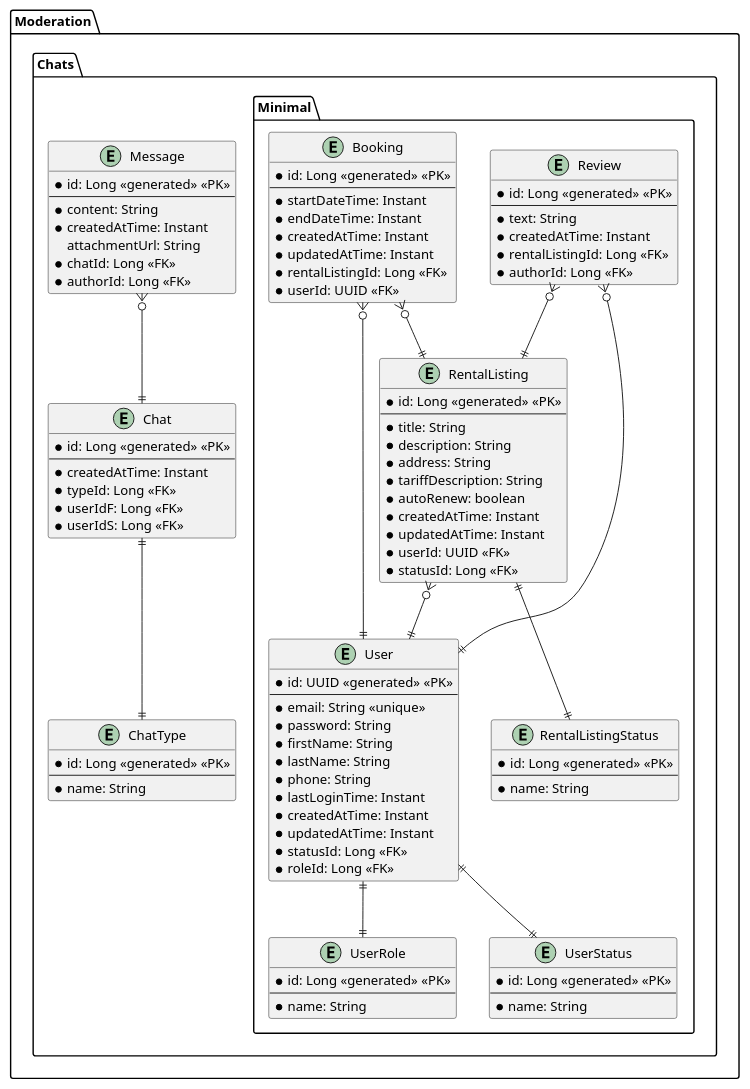
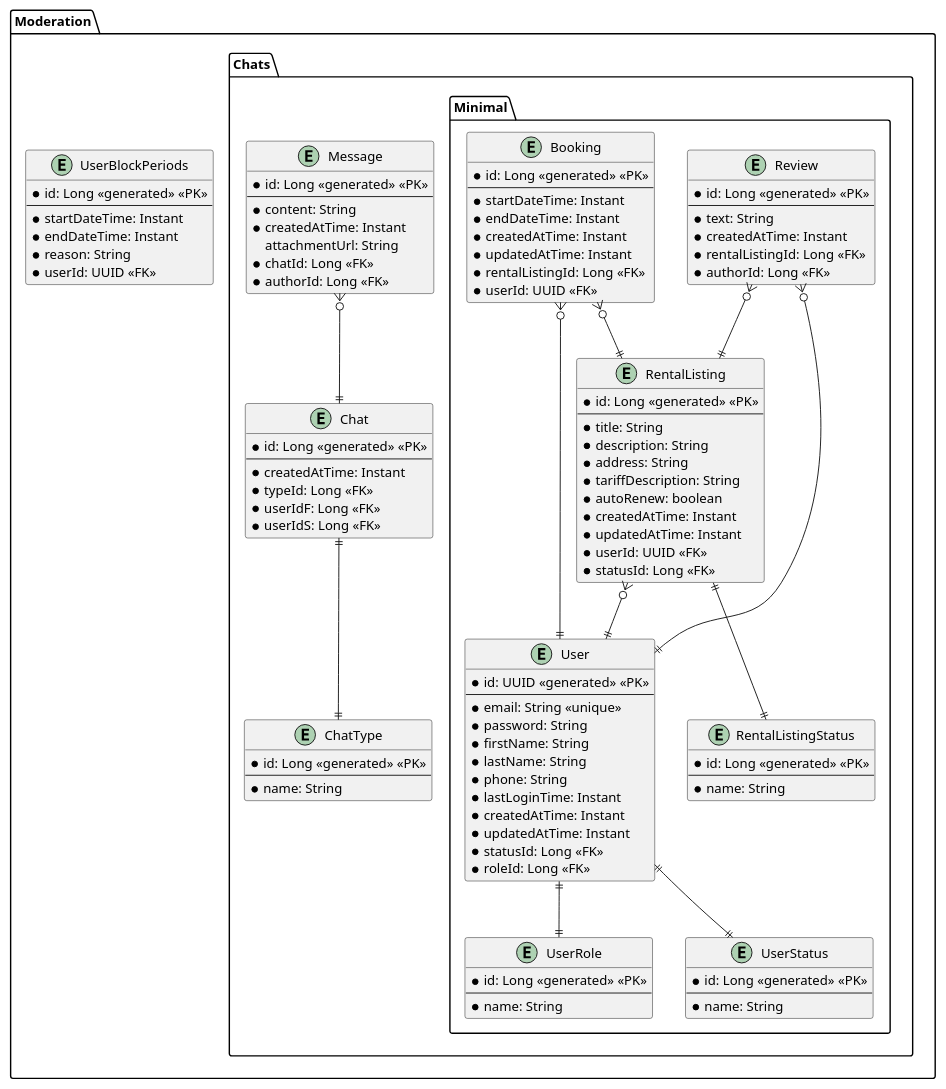
One commit to ruska112x/rentify-diploma changed the diagram in misc/database.puml. Above: the diagram before and after it, drawn with PlantUML.

Commit message:
feat: add table for user blocks in diagram

```diff
--- a/misc/database.puml
+++ b/misc/database.puml
@@ -1,132 +1,143 @@
 @startuml database
 allow_mixing
 
 scale max 1920 width
 scale max 1080 height
 
 left to right direction
 top to bottom direction
 
 
 package "Moderation" {
   package "Chats" {
     package "Minimal" {
       entity "User" as user {
         * id: UUID <<generated>> <<PK>>
         ---
         * email: String <<unique>>
         * password: String
         * firstName: String
         * lastName: String
         * phone: String
         * lastLoginTime: Instant
         * createdAtTime: Instant
         * updatedAtTime: Instant
         * statusId: Long <<FK>>
         * roleId: Long <<FK>>
       }
 
       ' USER, ADMIN, MODERATOR
       entity "UserRole" as userRole {
         * id: Long <<generated>> <<PK>>
         ---
         * name: String
       }
 
       ' ACTIVE, BLOCKED, DELETED
       entity "UserStatus" as userStatus {
         * id: Long <<generated>> <<PK>>
         ---
         * name: String
       }
 
       entity "RentalListing" as rentalListing {
         * id: Long <<generated>> <<PK>>
         ---
         * title: String
         * description: String
         * address: String
         * tariffDescription: String
         * autoRenew: boolean
         * createdAtTime: Instant
         * updatedAtTime: Instant
         * userId: UUID <<FK>>
         * statusId: Long <<FK>>
       }
 
       ' ACTIVE, BLOCKED, ONDELETION, DELETED
       entity "RentalListingStatus" as rentalListingStatus {
         * id: Long <<generated>> <<PK>>
         ---
         * name: String
       }
 
       entity "Booking" as booking {
         * id: Long <<generated>> <<PK>>
         ---
         * startDateTime: Instant
         * endDateTime: Instant
         * createdAtTime: Instant
         * updatedAtTime: Instant
         * rentalListingId: Long <<FK>>
         * userId: UUID <<FK>>
       }
 
       entity "Review" as review {
         * id: Long <<generated>> <<PK>>
         ---
         * text: String
         * createdAtTime: Instant
         * rentalListingId: Long <<FK>>
         * authorId: Long <<FK>>
       }
 
       user ||--|| userRole
       user ||--|| userStatus
 
       rentalListing }o--|| user
       rentalListing ||--|| rentalListingStatus
 
       booking }o--|| rentalListing
       booking }o--|| user
 
       review }o--|| user
       review }o--|| rentalListing
     }
 
     entity "Chat" as chat {
       * id: Long <<generated>> <<PK>>
       ---
       * createdAtTime: Instant
       * typeId: Long <<FK>>
       * userIdF: Long <<FK>>
       * userIdS: Long <<FK>>
     }
 
     entity "ChatType" as chatType {
       * id: Long <<generated>> <<PK>>
       ---
       * name: String
     }
 
     entity "Message" as message {
       * id: Long <<generated>> <<PK>>
       ---
       * content: String
       * createdAtTime: Instant
       attachmentUrl: String
       * chatId: Long <<FK>>
       * authorId: Long <<FK>>
     }
 
     ' chat }o--|| user
     ' chat }o--|| user
     chat ||--|| chatType
 
     message }o--|| chat
     ' message }o--|| user
   }
+
+  entity "UserBlockPeriods" as userBlockPeriods {
+    * id: Long <<generated>> <<PK>>
+    ---
+    * startDateTime: Instant
+    * endDateTime: Instant
+    * reason: String
+    * userId: UUID <<FK>>
+  }
+
+  ' userBlockPeriods }o--|| user
 }
 
 
 @enduml
```
